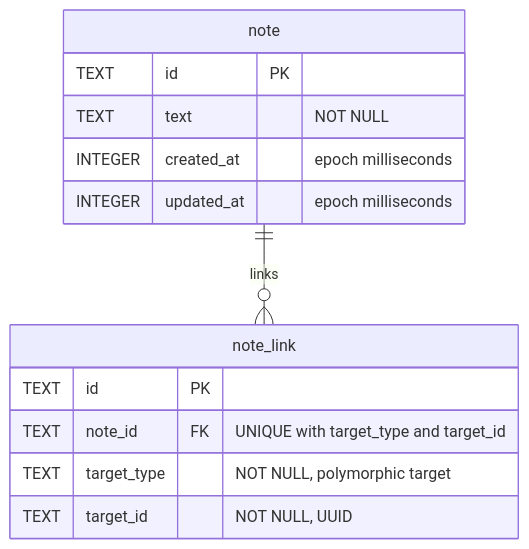
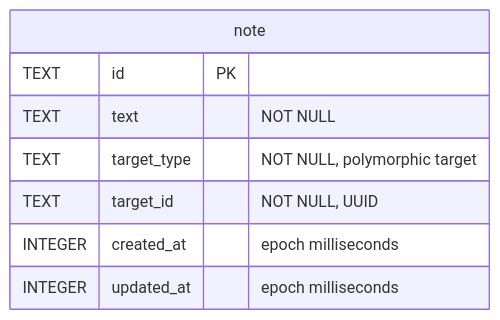
Before and after one commit to borisovodov/doru: the tenth of 12 diagrams in docs/db-schema.md, drawn with Mermaid. The commit also changed other lines of this file and 90 other files, not shown here.

````diff
--- a/docs/db-schema.md
+++ b/docs/db-schema.md
@@ -766,18 +765,11 @@
 ```mermaid
 erDiagram
-    note ||--o{ note_link : "links"
-
     note {
         TEXT id PK
         TEXT text "NOT NULL"
+        TEXT target_type "NOT NULL, polymorphic target"
+        TEXT target_id "NOT NULL, UUID"
         INTEGER created_at "epoch milliseconds"
         INTEGER updated_at "epoch milliseconds"
     }
-
-    note_link {
-        TEXT id PK
-        TEXT note_id FK "UNIQUE with target_type and target_id"
-        TEXT target_type "NOT NULL, polymorphic target"
-        TEXT target_id "NOT NULL, UUID"
-    }
 ```
````
